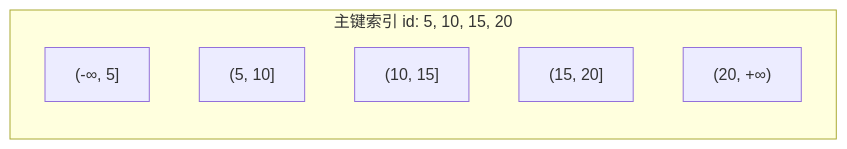
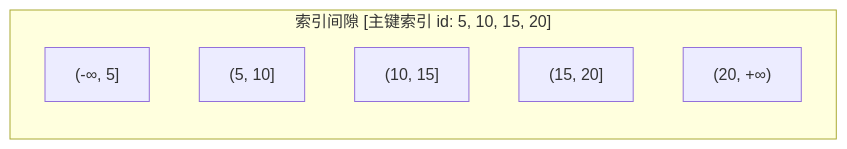
Before and after one commit to kane201x/javadoc: the fifth of 20 diagrams in 08-mysql/README.md, drawn with Mermaid. The commit also changed other lines of this file and 12 other files, not shown here.

First line of the commit message:
fix: correct mermaid diagram syntax across all modules

````diff
--- a/08-mysql/README.md
+++ b/08-mysql/README.md
@@ -506,10 +506,10 @@
 ```mermaid
 graph LR
-    subgraph 索引间隙[主键索引 id: 5, 10, 15, 20]
+    subgraph index_gap["索引间隙 [主键索引 id: 5, 10, 15, 20]"]
         G1["(-∞, 5]"]
         G2["(5, 10]"]
         G3["(10, 15]"]
         G4["(15, 20]"]
         G5["(20, +∞)"]
     end
 ```
````
